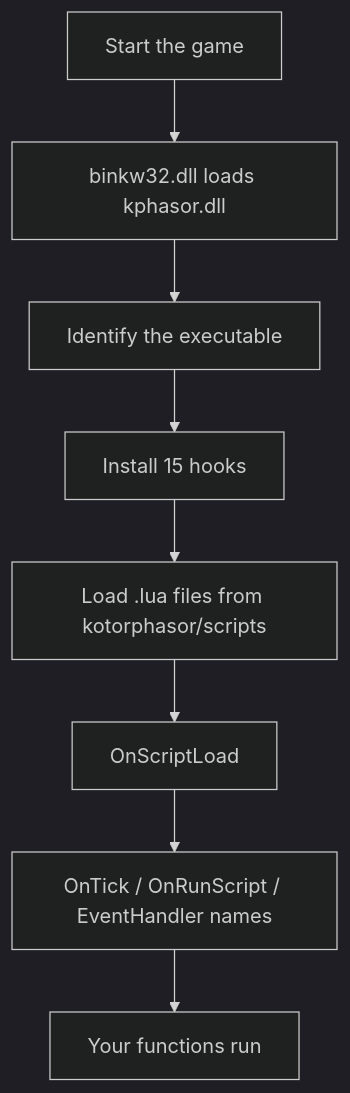
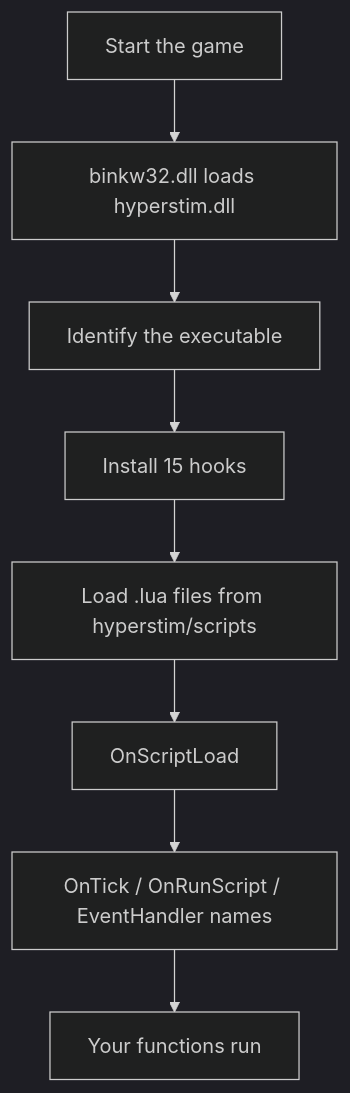
Before and after one commit to kolto-labs/KotorJIT: the diagram in docs/user/README.md, drawn with Mermaid (dark theme). The commit also changed other lines of this file and 129 other files, not shown here.

````diff
--- a/docs/user/README.md
+++ b/docs/user/README.md
@@ -10,10 +10,10 @@
 ```mermaid
 flowchart TD
-    A[Start the game] --> B[binkw32.dll loads kphasor.dll]
+    A[Start the game] --> B[binkw32.dll loads hyperstim.dll]
     B --> C[Identify the executable]
     C --> D[Install 15 hooks]
-    D --> E[Load .lua files from kotorphasor/scripts]
+    D --> E[Load .lua files from hyperstim/scripts]
     E --> F[OnScriptLoad]
     F --> G[OnTick / OnRunScript / EventHandler names]
     G --> H[Your functions run]
 ```
````
